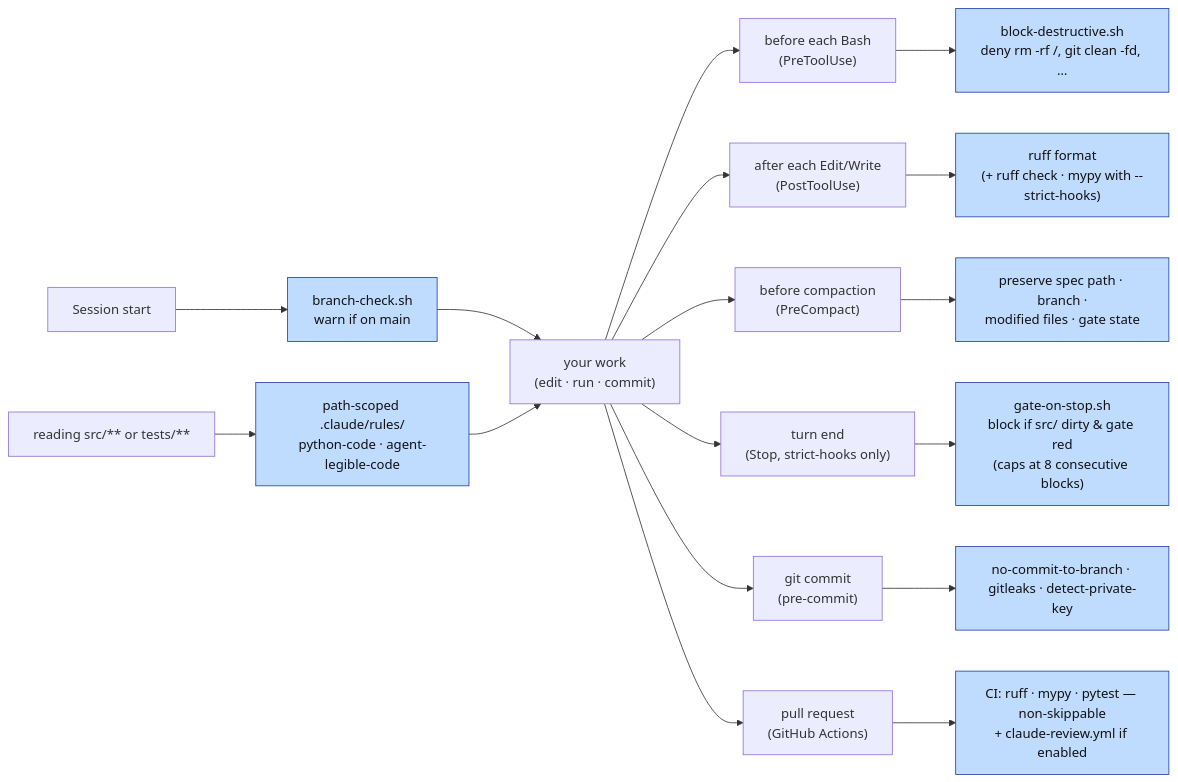
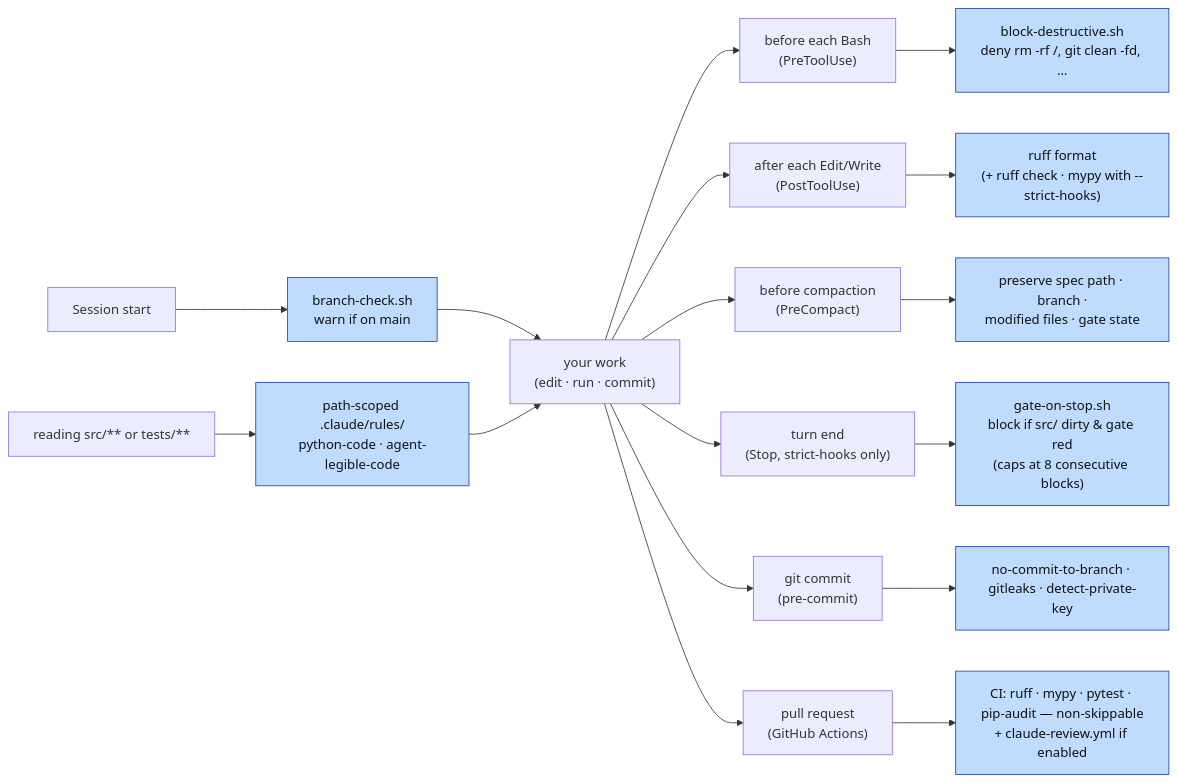
The third of 5 diagrams in python/docs/workflow-diagram.md (bbirkinbine/agentic-scaffold), drawn with Mermaid before and after one commit. The commit also changed 5 other files, not shown here.

````diff
--- a/python/docs/workflow-diagram.md
+++ b/python/docs/workflow-diagram.md
@@ -137,15 +137,15 @@
 ```mermaid
 flowchart LR
     W["your work<br/>(edit · run · commit)"]
     SS["Session start"] --> SSb["branch-check.sh<br/>warn if on main"] --> W
     RL["reading src/** or tests/**"] --> RLb["path-scoped .claude/rules/<br/>python-code · agent-legible-code"] --> W
     W --> PRE["before each Bash<br/>(PreToolUse)"] --> PREb["block-destructive.sh<br/>deny rm -rf /, git clean -fd, …"]
     W --> POST["after each Edit/Write<br/>(PostToolUse)"] --> POSTb["ruff format<br/>(+ ruff check · mypy with --strict-hooks)"]
     W --> CMP["before compaction<br/>(PreCompact)"] --> CMPb["preserve spec path · branch ·<br/>modified files · gate state"]
     W --> STOP["turn end<br/>(Stop, strict-hooks only)"] --> STOPb["gate-on-stop.sh<br/>block if src/ dirty & gate red<br/>(caps at 8 consecutive blocks)"]
     W --> PC["git commit<br/>(pre-commit)"] --> PCb["no-commit-to-branch · gitleaks · detect-private-key"]
-    W --> CIp["pull request<br/>(GitHub Actions)"] --> CIb["CI: ruff · mypy · pytest — non-skippable<br/>+ claude-review.yml if enabled"]
+    W --> CIp["pull request<br/>(GitHub Actions)"] --> CIb["CI: ruff · mypy · pytest · pip-audit — non-skippable<br/>+ claude-review.yml if enabled"]
 
     classDef auto fill:#bfdbfe,stroke:#1e40af,color:#111;
     class SSb,RLb,PREb,POSTb,CMPb,STOPb,PCb,CIb auto;
 ```
````
